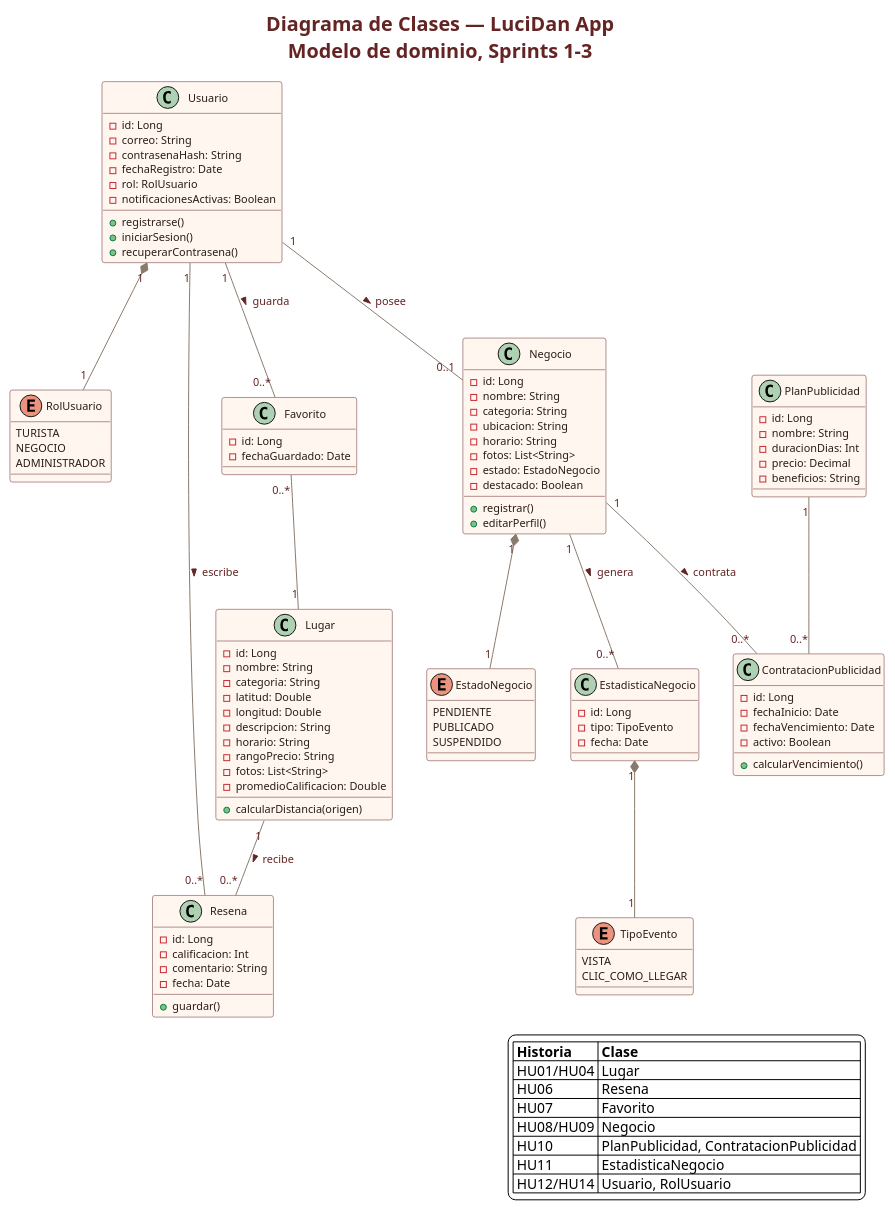
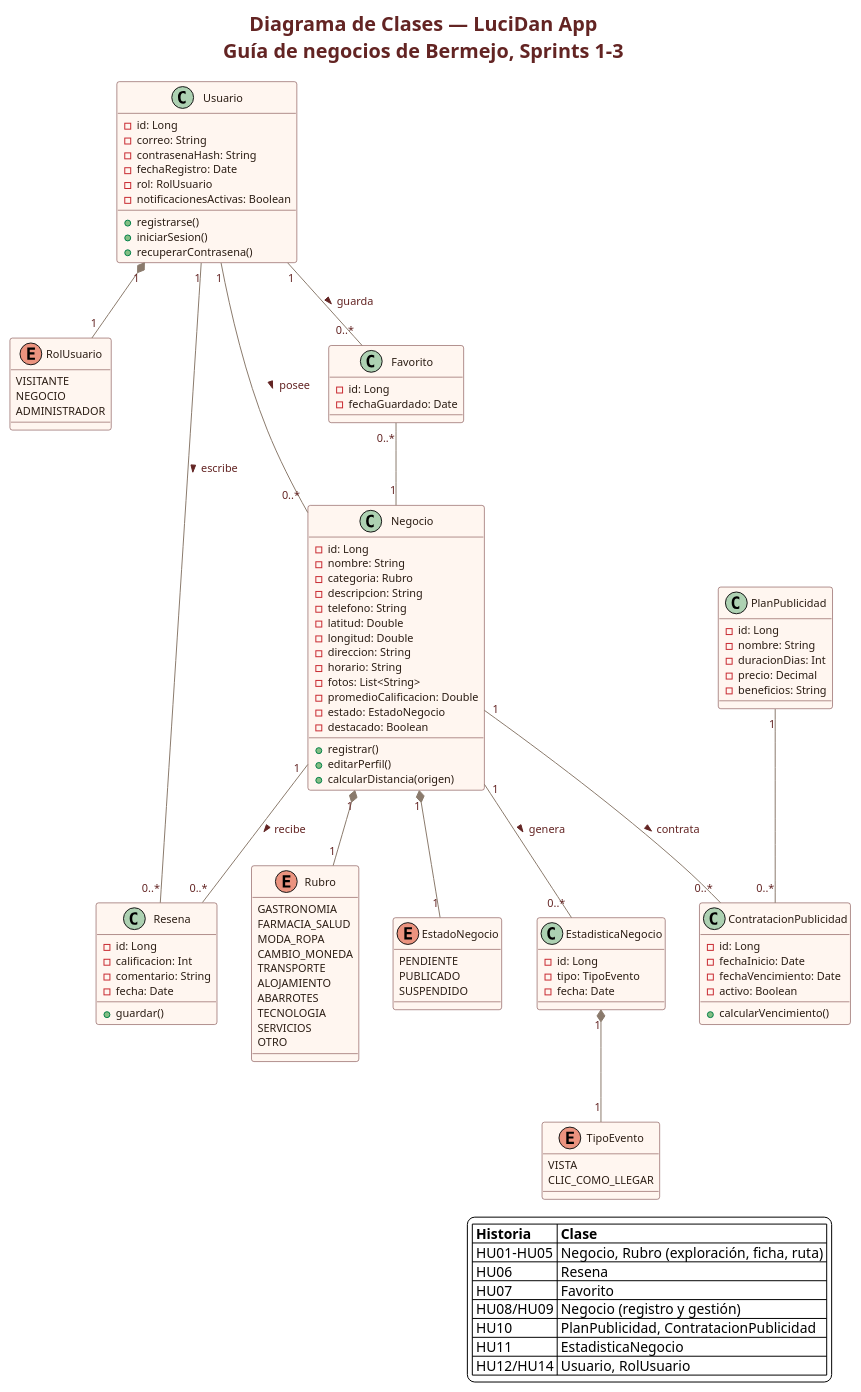
One commit to chelingo1994/LuciDan changed the diagram in diagrams/00_Diagrama_de_Clases.puml. Above: the diagram before and after it, drawn with PlantUML. The commit also changed 197 other files, not shown here.

```diff
--- a/diagrams/00_Diagrama_de_Clases.puml
+++ b/diagrams/00_Diagrama_de_Clases.puml
@@ -1,139 +1,145 @@
 @startuml
 
 skinparam backgroundColor white
 skinparam shadowing false
 skinparam defaultFontName Arial
 skinparam classFontColor #2B1D14
 skinparam classFontSize 13
 skinparam classBorderColor #632423
 skinparam classBackgroundColor #FFF6F0
 skinparam classAttributeFontColor #2B1D14
 skinparam classAttributeFontSize 11
 skinparam ArrowColor #8A7A6C
 skinparam ArrowFontColor #632423
 skinparam ArrowFontSize 11
 skinparam titleFontColor #632423
 skinparam titleFontSize 20
 skinparam titleFontStyle bold
 
 
 title
 Diagrama de Clases — LuciDan App
-Modelo de dominio, Sprints 1-3
+Guía de negocios de Bermejo, Sprints 1-3
 end title
 
 class Usuario {
   -id: Long
   -correo: String
   -contrasenaHash: String
   -fechaRegistro: Date
   -rol: RolUsuario
   -notificacionesActivas: Boolean
   +registrarse()
   +iniciarSesion()
   +recuperarContrasena()
 }
 
 enum RolUsuario {
-  TURISTA
+  VISITANTE
   NEGOCIO
   ADMINISTRADOR
 }
 
-class Lugar {
+class Negocio {
   -id: Long
   -nombre: String
-  -categoria: String
+  -categoria: Rubro
+  -descripcion: String
+  -telefono: String
   -latitud: Double
   -longitud: Double
-  -descripcion: String
+  -direccion: String
   -horario: String
-  -rangoPrecio: String
   -fotos: List<String>
   -promedioCalificacion: Double
+  -estado: EstadoNegocio
+  -destacado: Boolean
+  +registrar()
+  +editarPerfil()
   +calcularDistancia(origen)
+}
+
+enum Rubro {
+  GASTRONOMIA
+  FARMACIA_SALUD
+  MODA_ROPA
+  CAMBIO_MONEDA
+  TRANSPORTE
+  ALOJAMIENTO
+  ABARROTES
+  TECNOLOGIA
+  SERVICIOS
+  OTRO
+}
+
+enum EstadoNegocio {
+  PENDIENTE
+  PUBLICADO
+  SUSPENDIDO
 }
 
 class Resena {
   -id: Long
   -calificacion: Int
   -comentario: String
   -fecha: Date
   +guardar()
 }
 
 class Favorito {
   -id: Long
   -fechaGuardado: Date
-}
-
-class Negocio {
-  -id: Long
-  -nombre: String
-  -categoria: String
-  -ubicacion: String
-  -horario: String
-  -fotos: List<String>
-  -estado: EstadoNegocio
-  -destacado: Boolean
-  +registrar()
-  +editarPerfil()
-}
-
-enum EstadoNegocio {
-  PENDIENTE
-  PUBLICADO
-  SUSPENDIDO
 }
 
 class PlanPublicidad {
   -id: Long
   -nombre: String
   -duracionDias: Int
   -precio: Decimal
   -beneficios: String
 }
 
 class ContratacionPublicidad {
   -id: Long
   -fechaInicio: Date
   -fechaVencimiento: Date
   -activo: Boolean
   +calcularVencimiento()
 }
 
 class EstadisticaNegocio {
   -id: Long
   -tipo: TipoEvento
   -fecha: Date
 }
 
 enum TipoEvento {
   VISTA
   CLIC_COMO_LLEGAR
 }
 
 Usuario "1" *-- "1" RolUsuario
 Usuario "1" -- "0..*" Resena : escribe >
 Usuario "1" -- "0..*" Favorito : guarda >
-Favorito "0..*" -- "1" Lugar
-Lugar "1" -- "0..*" Resena : recibe >
-Usuario "1" -- "0..1" Negocio : posee >
+Favorito "0..*" -- "1" Negocio
+Negocio "1" -- "0..*" Resena : recibe >
+Usuario "1" -- "0..*" Negocio : posee >
 Negocio "1" *-- "1" EstadoNegocio
+Negocio "1" *-- "1" Rubro
 Negocio "1" -- "0..*" ContratacionPublicidad : contrata >
 PlanPublicidad "1" -- "0..*" ContratacionPublicidad
 Negocio "1" -- "0..*" EstadisticaNegocio : genera >
 EstadisticaNegocio "1" *-- "1" TipoEvento
 
 legend right
   |= Historia |= Clase |
-  | HU01/HU04 | Lugar |
+  | HU01-HU05 | Negocio, Rubro (exploración, ficha, ruta) |
   | HU06 | Resena |
   | HU07 | Favorito |
-  | HU08/HU09 | Negocio |
+  | HU08/HU09 | Negocio (registro y gestión) |
   | HU10 | PlanPublicidad, ContratacionPublicidad |
   | HU11 | EstadisticaNegocio |
   | HU12/HU14 | Usuario, RolUsuario |
 endlegend
 
 @enduml
```
